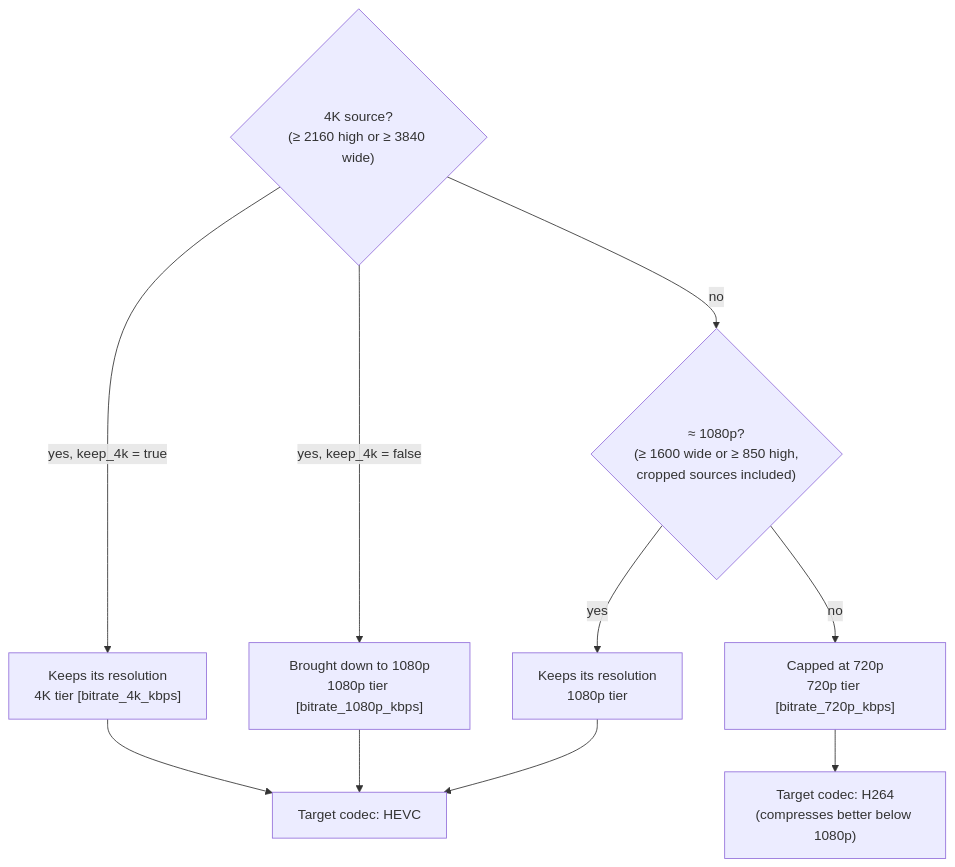
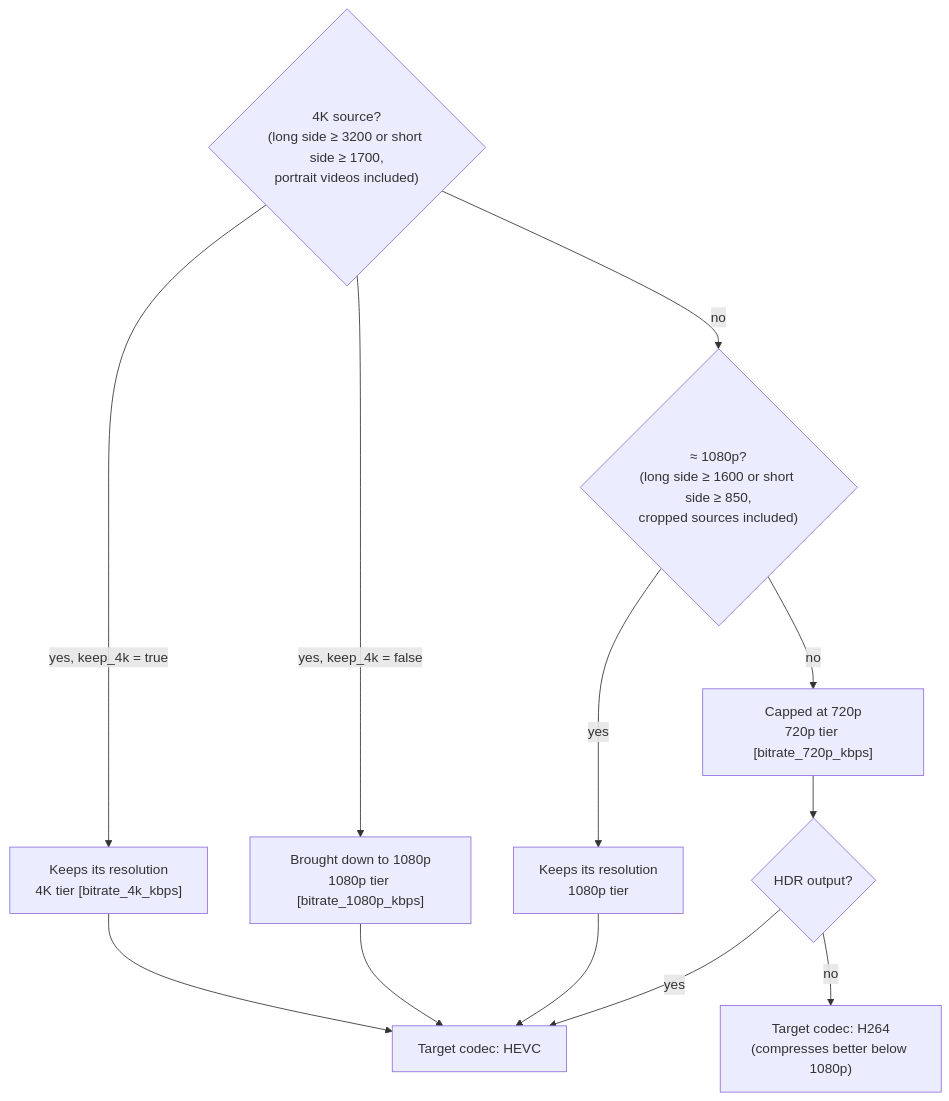
Before and after one commit to opegon/IRIS_Encode: the second of 6 diagrams in README.md, drawn with Mermaid. The commit also changed other lines of this file and 21 other files, not shown here.

````diff
--- a/README.md
+++ b/README.md
@@ -89,13 +89,15 @@
 ```mermaid
 flowchart TD
-    D0{"4K source?<br/>(≥ 2160 high or ≥ 3840 wide)"}
+    D0{"4K source?<br/>(long side ≥ 3200 or short side ≥ 1700,<br/>portrait videos included)"}
     D0 -->|"yes, keep_4k = true"| D1["Keeps its resolution<br/>4K tier [bitrate_4k_kbps]"]
     D0 -->|"yes, keep_4k = false"| D2["Brought down to 1080p<br/>1080p tier [bitrate_1080p_kbps]"]
-    D0 -->|no| D3{"≈ 1080p?<br/>(≥ 1600 wide or ≥ 850 high,<br/>cropped sources included)"}
+    D0 -->|no| D3{"≈ 1080p?<br/>(long side ≥ 1600 or short side ≥ 850,<br/>cropped sources included)"}
     D3 -->|yes| D4["Keeps its resolution<br/>1080p tier"]
     D3 -->|no| D5["Capped at 720p<br/>720p tier [bitrate_720p_kbps]"]
     D1 --> K["Target codec: HEVC"]
     D2 --> K
     D4 --> K
-    D5 --> K2["Target codec: H264<br/>(compresses better below 1080p)"]
+    D5 --> D6{"HDR output?"}
+    D6 -->|yes| K
+    D6 -->|no| K2["Target codec: H264<br/>(compresses better below 1080p)"]
 ```
````
